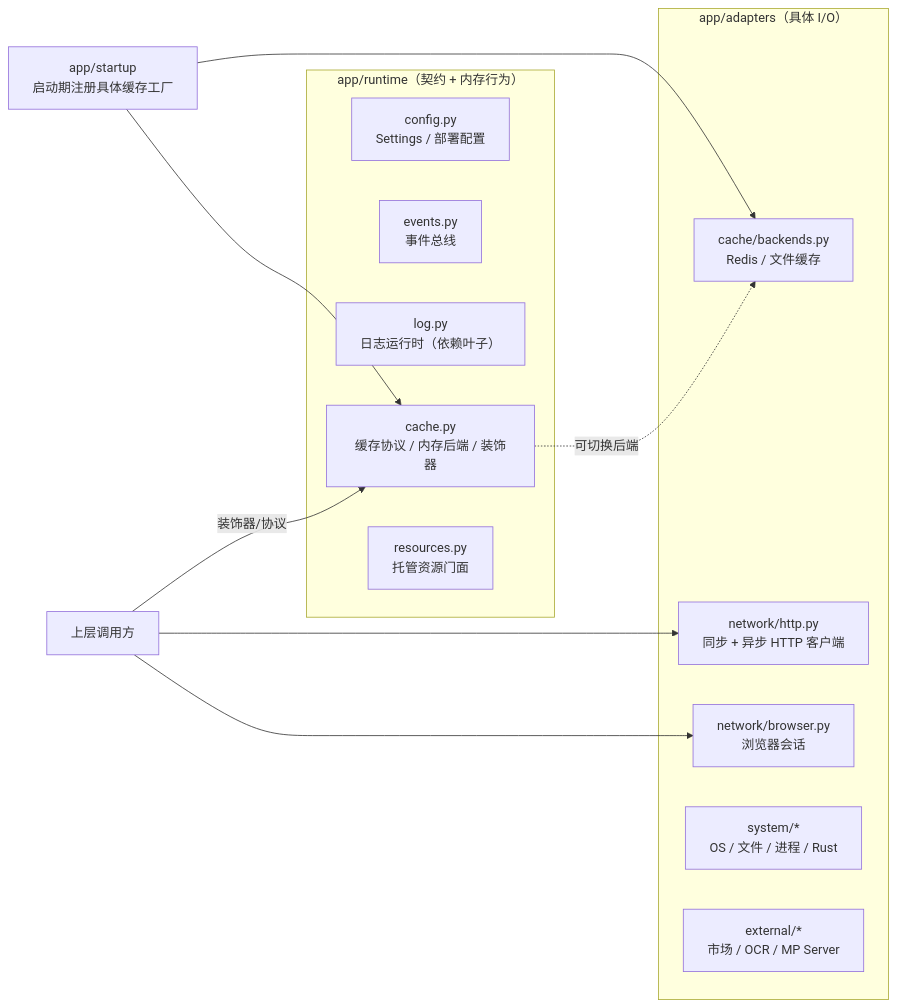
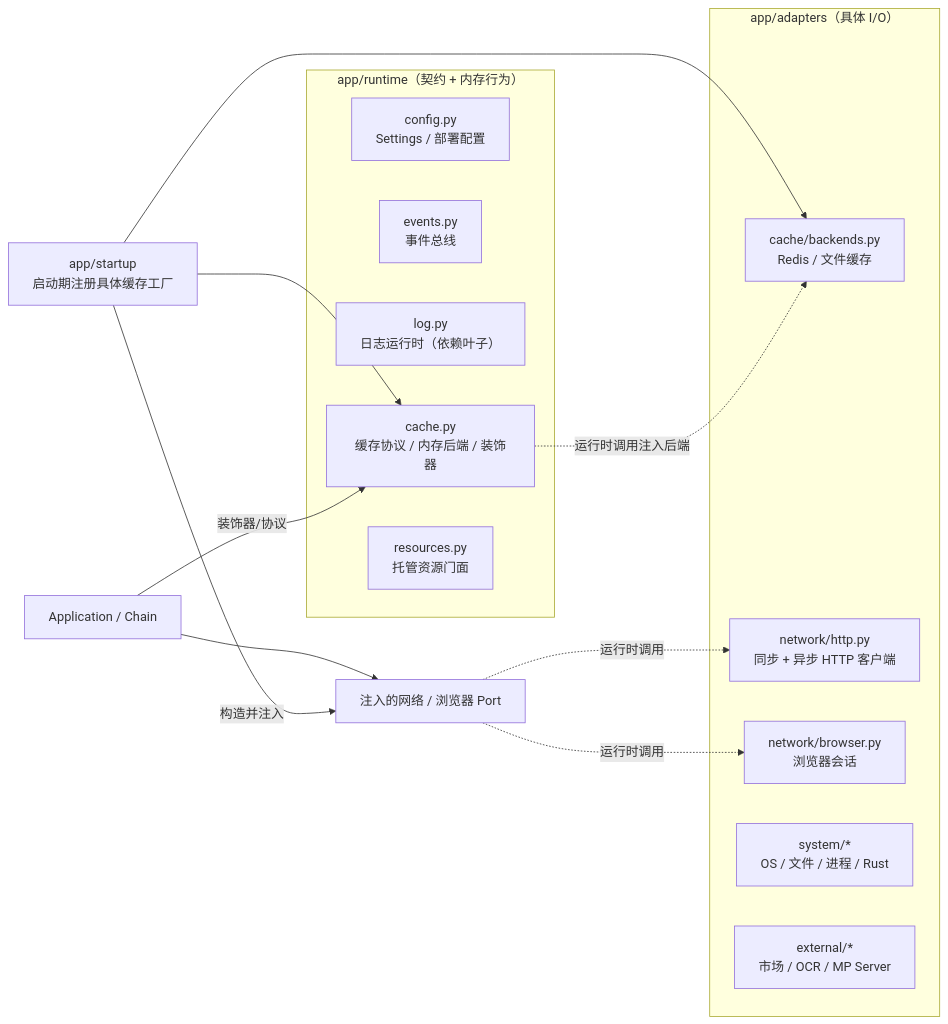
Diagram 14 of 14 in docs/architecture-overview.md (jxxghp/MoviePilot), drawn with Mermaid before and after one commit. The commit also changed other lines of this file, not shown here.

Commit message:
docs: refresh backend architecture overview

````diff
--- a/docs/architecture-overview.md
+++ b/docs/architecture-overview.md
@@ -685,27 +730,29 @@
 ```mermaid
 flowchart LR
     subgraph runtime["app/runtime（契约 + 内存行为）"]
         RC["config.py<br/>Settings / 部署配置"]
         RE["events.py<br/>事件总线"]
         RL["log.py<br/>日志运行时（依赖叶子）"]
         RCA["cache.py<br/>缓存协议 / 内存后端 / 装饰器"]
         MR["resources.py<br/>托管资源门面"]
     end
 
     subgraph adapters["app/adapters（具体 I/O）"]
         AC["cache/backends.py<br/>Redis / 文件缓存"]
         AN["network/http.py<br/>同步 + 异步 HTTP 客户端"]
         AB["network/browser.py<br/>浏览器会话"]
         AS["system/*<br/>OS / 文件 / 进程 / Rust"]
         AE["external/*<br/>市场 / OCR / MP Server"]
     end
 
     Startup["app/startup<br/>启动期注册具体缓存工厂"]
     Startup --> RCA
     Startup --> AC
 
-    Caller["上层调用方"] -->|装饰器/协议| RCA
-    RCA -.可切换后端.-> AC
-    Caller --> AN
-    Caller --> AB
+    Caller["Application / Chain"] -->|装饰器/协议| RCA
+    RCA -.运行时调用注入后端.-> AC
+    Caller --> Port["注入的网络 / 浏览器 Port"]
+    Port -.运行时调用.-> AN
+    Port -.运行时调用.-> AB
+    Startup -->|构造并注入| Port
 ```
````
